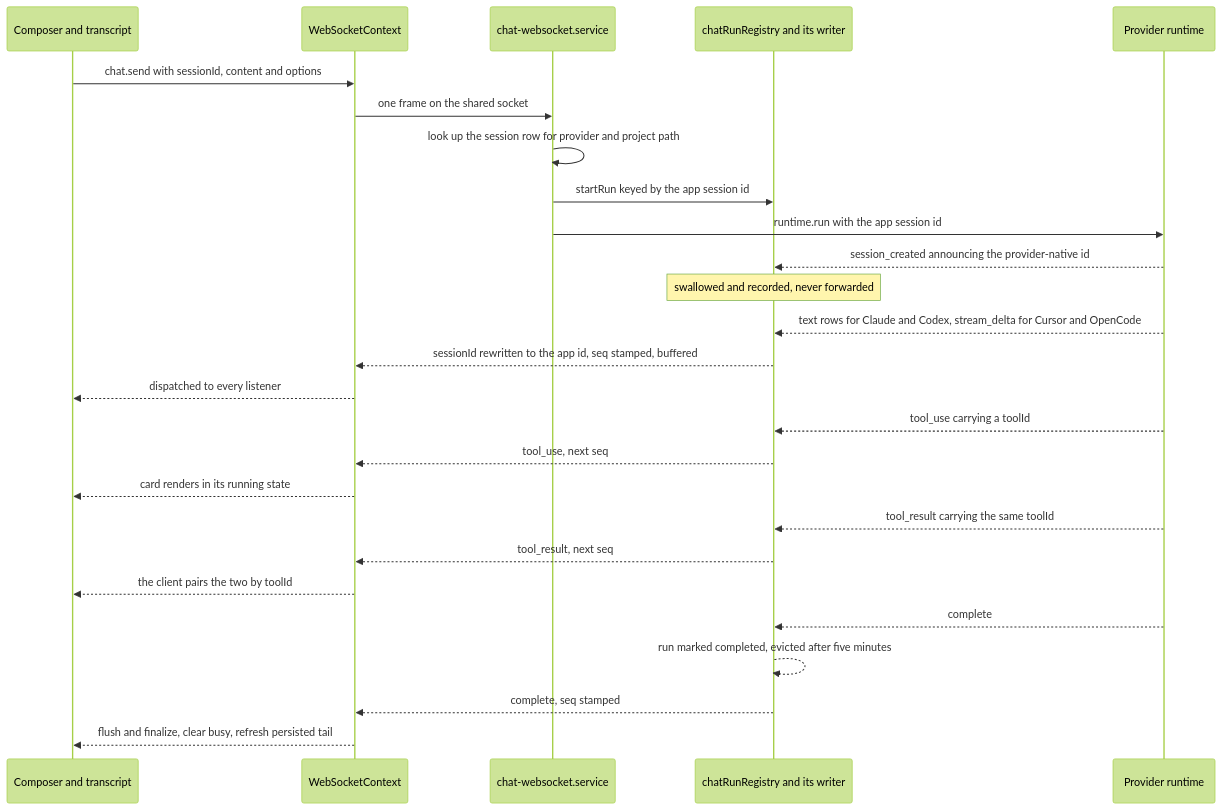
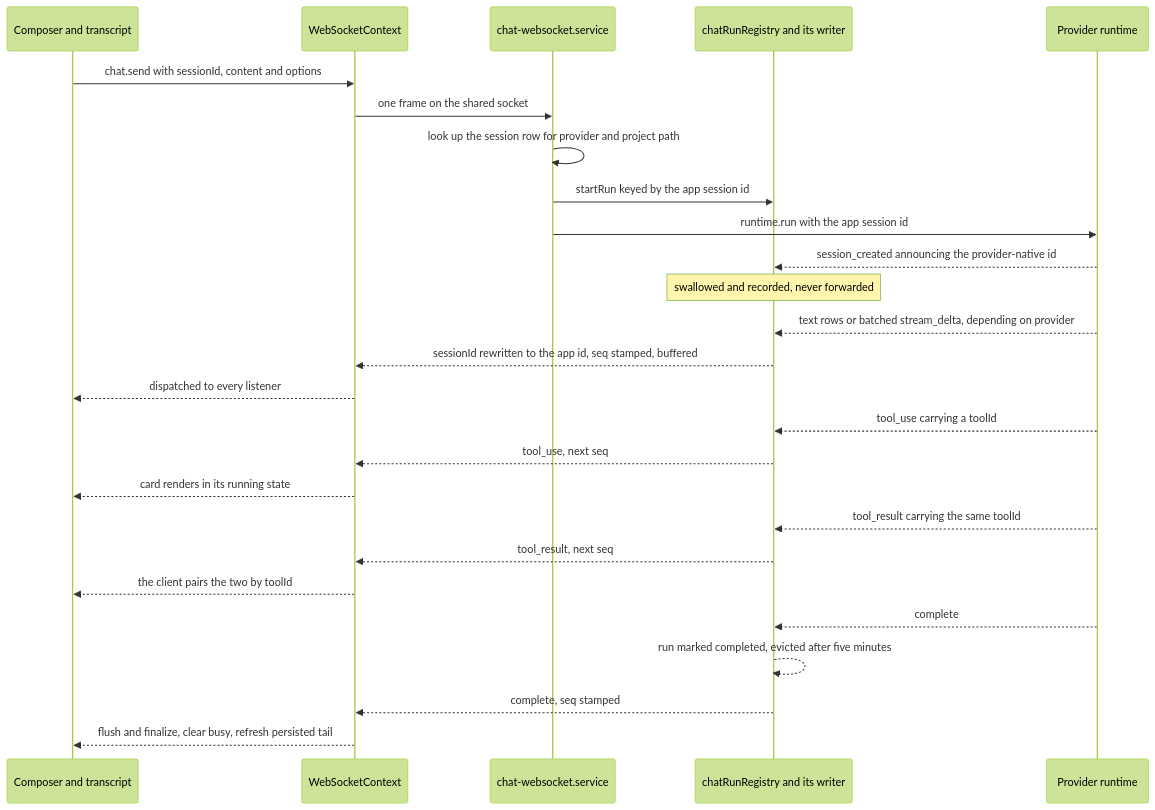
The first of 3 diagrams in docs/architecture/02-realtime-stream.md (selierlin/cloudcli), drawn with Mermaid (forest theme) before and after one commit. The commit also changed other lines of this file and 15 other files, not shown here.

````diff
--- a/docs/architecture/02-realtime-stream.md
+++ b/docs/architecture/02-realtime-stream.md
@@ -96,29 +96,29 @@
 ```mermaid
 sequenceDiagram
     participant UI as Composer and transcript
     participant WSC as WebSocketContext
     participant GW as chat-websocket.service
     participant REG as chatRunRegistry and its writer
     participant CLI as Provider runtime
 
     UI->>WSC: chat.send with sessionId, content and options
     WSC->>GW: one frame on the shared socket
     GW->>GW: look up the session row for provider and project path
     GW->>REG: startRun keyed by the app session id
     GW->>CLI: runtime.run with the app session id
     CLI-->>REG: session_created announcing the provider-native id
     Note over REG: swallowed and recorded, never forwarded
-    CLI-->>REG: text rows for Claude and Codex, stream_delta for Cursor and OpenCode
+    CLI-->>REG: text rows or batched stream_delta, depending on provider
     REG-->>WSC: sessionId rewritten to the app id, seq stamped, buffered
     WSC-->>UI: dispatched to every listener
     CLI-->>REG: tool_use carrying a toolId
     REG-->>WSC: tool_use, next seq
     WSC-->>UI: card renders in its running state
     CLI-->>REG: tool_result carrying the same toolId
     REG-->>WSC: tool_result, next seq
     WSC-->>UI: the client pairs the two by toolId
     CLI-->>REG: complete
     REG-->>REG: run marked completed, evicted after five minutes
     REG-->>WSC: complete, seq stamped
     WSC-->>UI: flush and finalize, clear busy, refresh persisted tail
 ```
````
